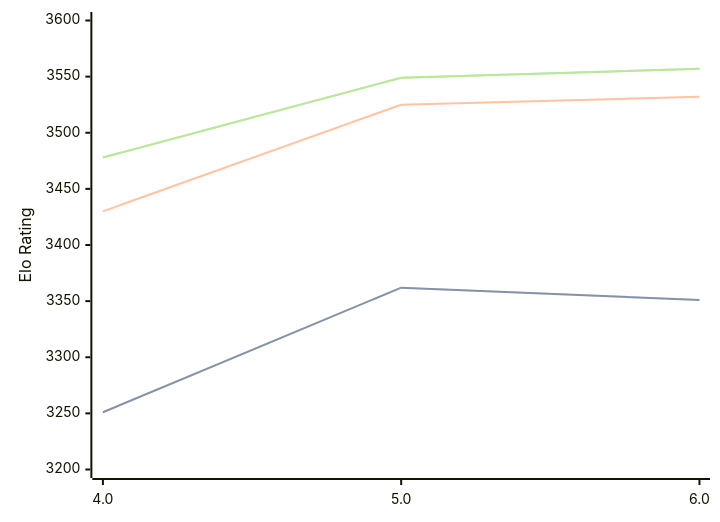
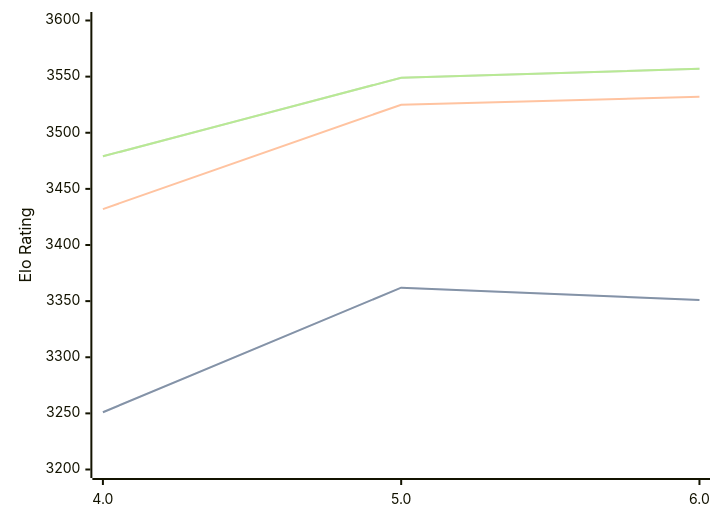
Before and after one commit to computer-chess-index/cci: the diagram in engines/Tarnished.md, drawn with Mermaid. The commit also changed other lines of this file, not shown here.

Commit message:
Update CCI Ratings (ELO VLTC) - 2026-08-24

````diff
--- a/engines/Tarnished.md
+++ b/engines/Tarnished.md
@@ -33,11 +33,11 @@
 ```mermaid
 %%{init: {"theme":"base","themeVariables":{"seriesColors:['#a3a3a3','#222221','#faa371']}}}%%
 xychart-beta
   x-axis ["4.0", "5.0", "6.0"]
   y-axis "Elo Rating" 3200 --> 3600
   line "STC (8.0+0.08s)" [3251, 3362, 3351]
   line "STC (8.0+0.08s)" [3251, 3362, 3351]
-  line "LTC (60.0+0.60s)" [3430, 3525, 3532]
-  line "VLTC (2m24s+1.12s)" [3478, 3549, 3557]
-  line "VLTC (2m24s+1.12s)" [3478, 3549, 3557]
+  line "LTC (60.0+0.60s)" [3432, 3525, 3532]
+  line "VLTC (2m24s+1.12s)" [3479, 3549, 3557]
+  line "VLTC (2m24s+1.12s)" [3479, 3549, 3557]
 ```
````
